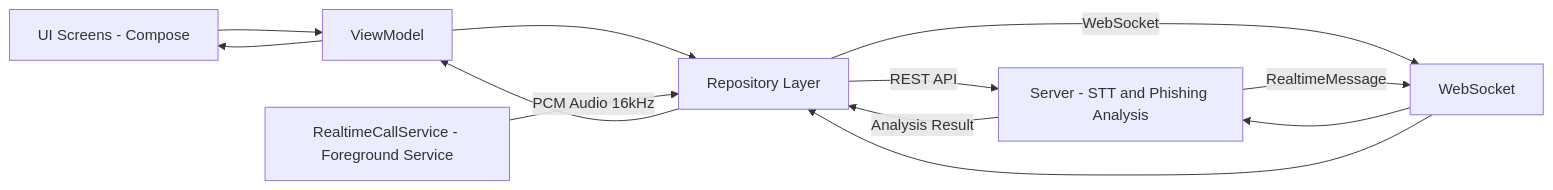
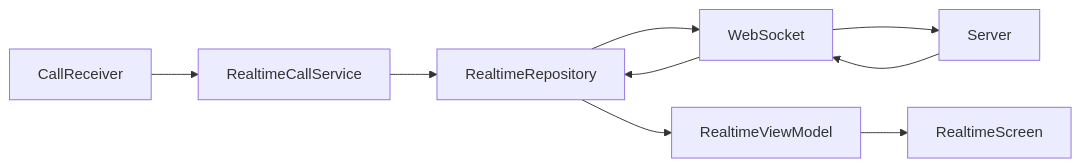
The first of 5 diagrams in README.md (YEOUL0520/antiphishing_app), drawn with Mermaid before and after one commit. The commit also changed other lines of this file, not shown here.

Commit message:
docs : readme flowchart 수정

````diff
--- a/README.md
+++ b/README.md
@@ -91,24 +94,11 @@
 ```mermaid
 flowchart LR
-    UI[UI Screens - Compose]
-    VM[ViewModel]
-    REPO[Repository Layer]
-
-    SERVICE[RealtimeCallService - Foreground Service]
-    WS[WebSocket]
-    SERVER[Server - STT and Phishing Analysis]
-
-    UI --> VM
-    VM --> REPO
-
-    REPO -->|REST API| SERVER
-    SERVER -->|Analysis Result| REPO
-    REPO --> VM
-    VM --> UI
-
-    SERVICE -->|PCM Audio 16kHz| REPO
-    REPO -->|WebSocket| WS
-    WS --> SERVER
-    SERVER -->|RealtimeMessage| WS
-    WS --> REPO
-   ```
+    CR[CallReceiver] --> SVC[RealtimeCallService]
+    SVC --> RR[RealtimeRepository]
+    RR --> WS[WebSocket]
+    WS --> SV[Server]
+    SV --> WS
+    WS --> RR
+    RR --> VM[RealtimeViewModel]
+    VM --> UI[RealtimeScreen]
+```
````
